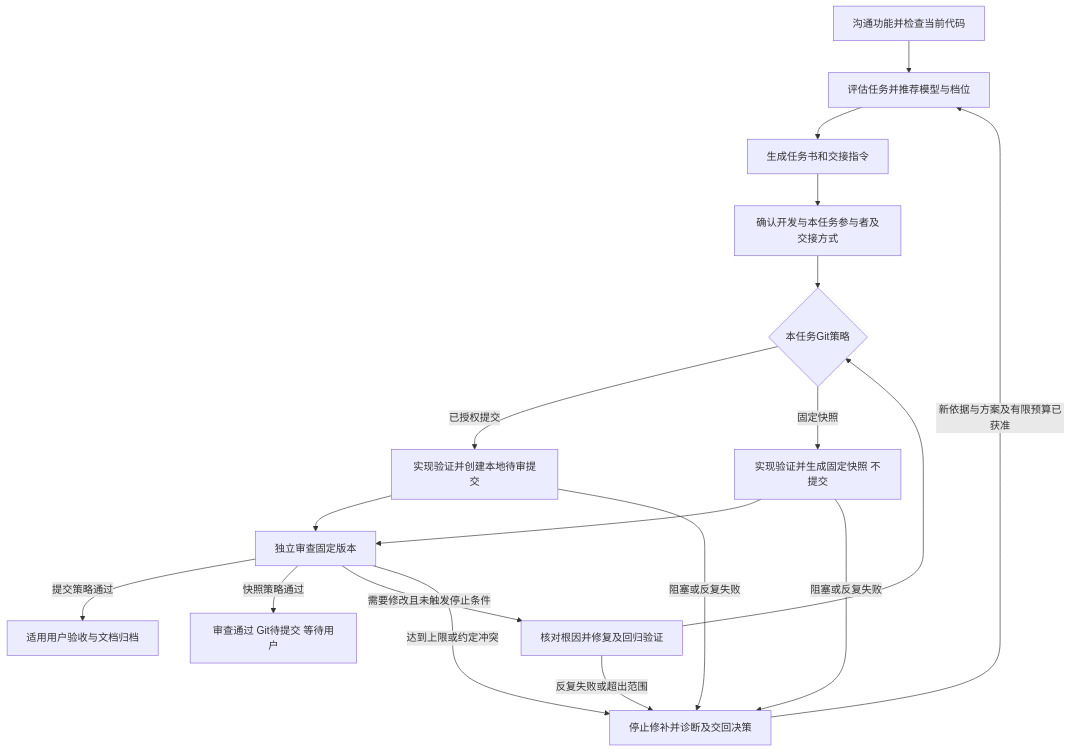
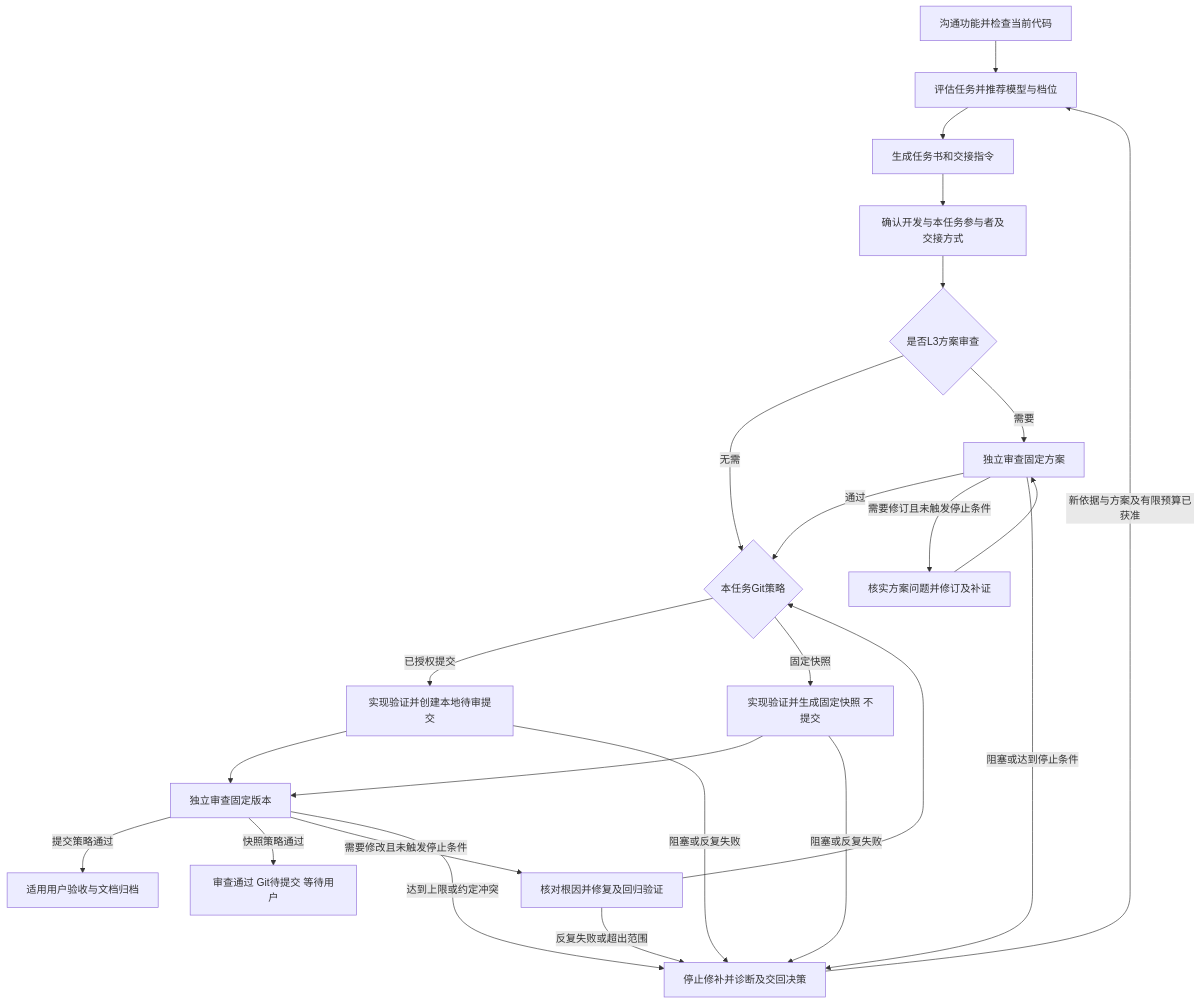
Before and after one commit to tianyuanqi/TheWolf: the diagram in docs/Task-Workflow.md, drawn with Mermaid. The commit also changed other lines of this file and 5 other files, not shown here.

````diff
--- a/docs/Task-Workflow.md
+++ b/docs/Task-Workflow.md
@@ -15,20 +15,26 @@
 ```mermaid
 flowchart TD
     A[沟通功能并检查当前代码] --> B[评估任务并推荐模型与档位]
     B --> C[生成任务书和交接指令]
     C --> D[确认开发与本任务参与者及交接方式]
-    D --> M{本任务Git策略}
+    D --> P{是否L3方案审查}
+    P -->|无需| M{本任务Git策略}
+    P -->|需要| R[独立审查固定方案]
+    R -->|通过| M
+    R -->|需要修订且未触发停止条件| T[核实方案问题并修订及补证]
+    T --> R
+    R -->|阻塞或达到停止条件| I
     M -->|已授权提交| E[实现验证并创建本地待审提交]
     M -->|固定快照| S[实现验证并生成固定快照 不提交]
     E --> F[独立审查固定版本]
     S --> F
     F -->|提交策略通过| G[适用用户验收与文档归档]
     F -->|快照策略通过| J[审查通过 Git待提交 等待用户]
     F -->|需要修改且未触发停止条件| H[核对根因并修复及回归验证]
     H --> M
     S -->|阻塞或反复失败| I
     E -->|阻塞或反复失败| I[停止修补并诊断及交回决策]
     F -->|达到上限或约定冲突| I
     H -->|反复失败或超出范围| I
     I -->|新依据与方案及有限预算已获准| B
 ```
````
